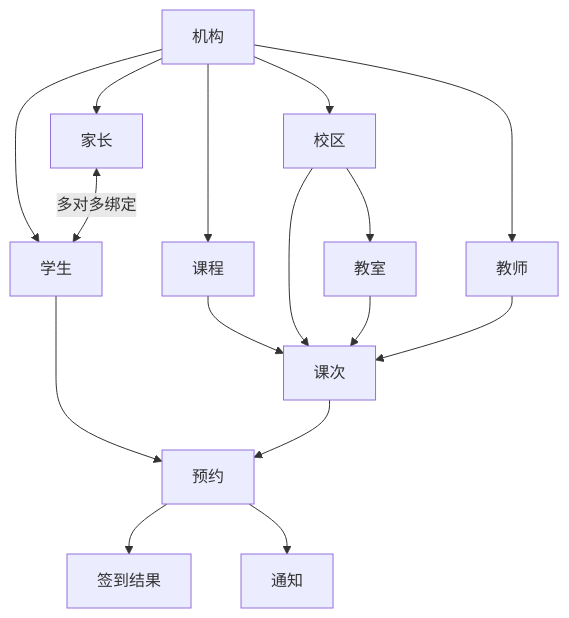
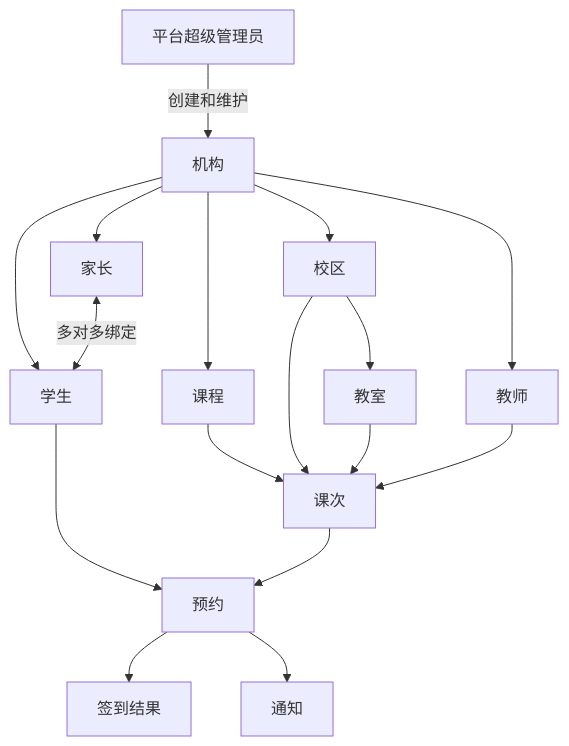
Before and after one commit to zhouweek/kebao: the first of 9 diagrams in userguide.md, drawn with Mermaid. The commit also changed other lines of this file and 41 other files, not shown here.

````diff
--- a/userguide.md
+++ b/userguide.md
@@ -25,21 +26,22 @@
 ```mermaid
 flowchart TD
-    ORG[机构] --> CAMPUS[校区]
+    PLATFORM[平台超级管理员] -->|创建和维护| ORG[机构]
+    ORG --> CAMPUS[校区]
     CAMPUS --> ROOM[教室]
     ORG --> COURSE[课程]
     ORG --> TEACHER[教师]
     ORG --> GUARDIAN[家长]
     ORG --> STUDENT[学生]
 
     GUARDIAN <-->|多对多绑定| STUDENT
 
     COURSE --> SESSION[课次]
     CAMPUS --> SESSION
     ROOM --> SESSION
     TEACHER --> SESSION
 
     STUDENT --> BOOKING[预约]
     SESSION --> BOOKING
     BOOKING --> ATTENDANCE[签到结果]
     BOOKING --> NOTICE[通知]
 ```
````
